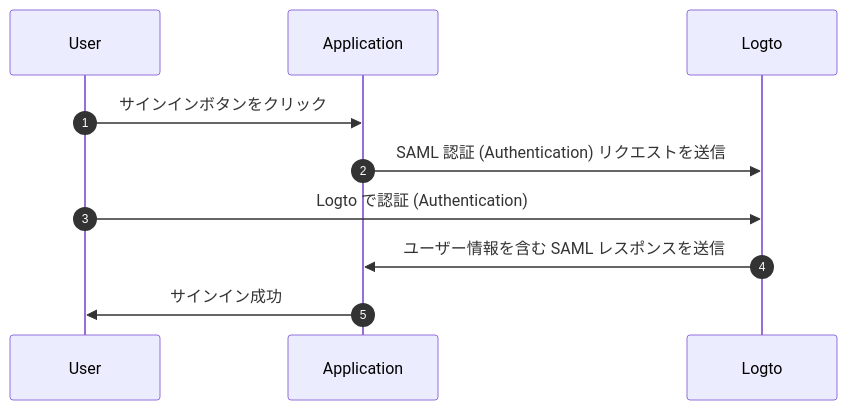
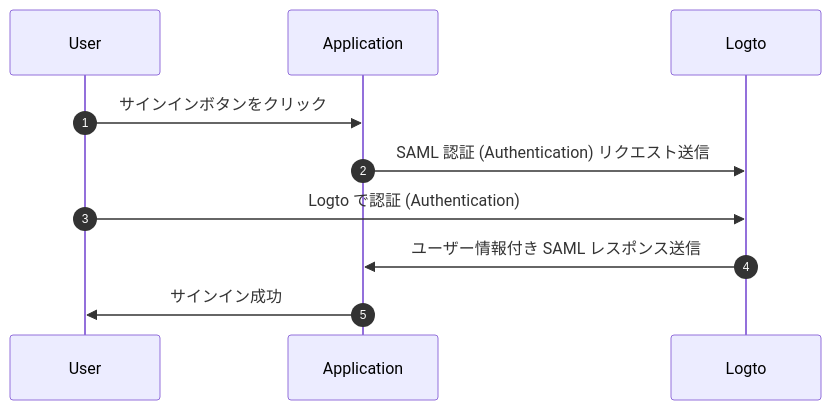
The fourth of 4 diagrams in i18n/ja/docusaurus-plugin-content-docs/current/integrate-logto/integrate-logto-into-your-application/understand-authentication-flow.mdx (logto-io/docs), drawn with Mermaid before and after one commit. The commit also changed other lines of this file and 44 other files, not shown here.

````diff
--- a/i18n/ja/docusaurus-plugin-content-docs/current/integrate-logto/integrate-logto-into-your-application/understand-authentication-flow.mdx
+++ b/i18n/ja/docusaurus-plugin-content-docs/current/integrate-logto/integrate-logto-into-your-application/understand-authentication-flow.mdx
@@ -69,13 +97,13 @@
 ```mermaid
 sequenceDiagram
     autonumber
     participant User
     participant Application
     participant Logto
 
     User->>Application: サインインボタンをクリック
-    Application->>Logto: SAML 認証 (Authentication) リクエストを送信
+    Application->>Logto: SAML 認証 (Authentication) リクエスト送信
     User->>Logto: Logto で認証 (Authentication)
-    Logto->>Application: ユーザー情報を含む SAML レスポンスを送信
+    Logto->>Application: ユーザー情報付き SAML レスポンス送信
     Application->>User: サインイン成功
 ```
````
